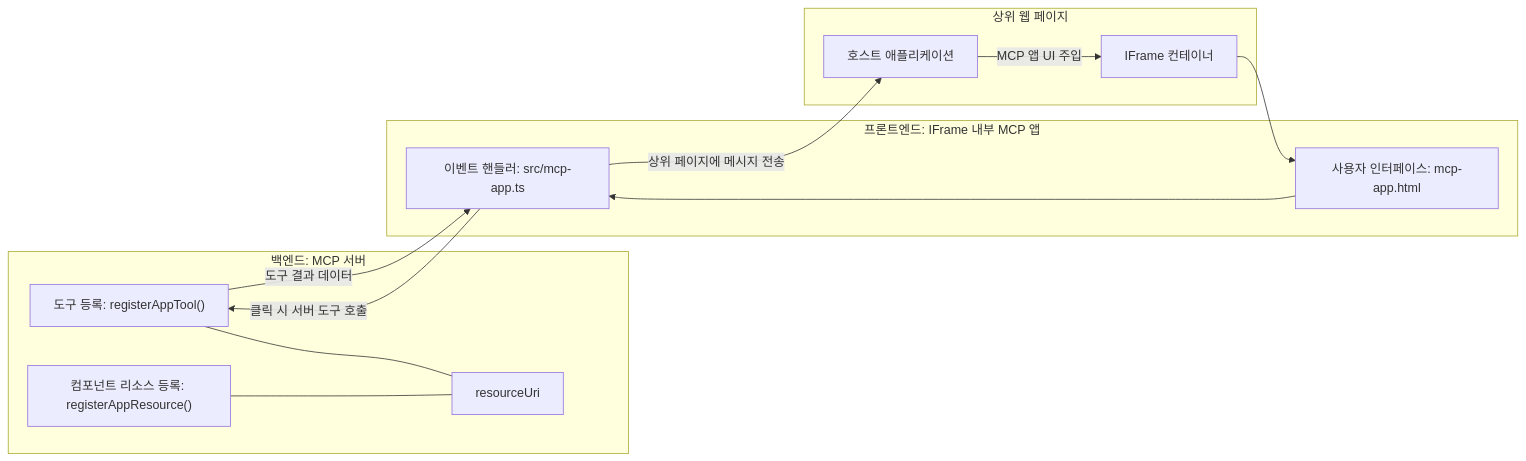
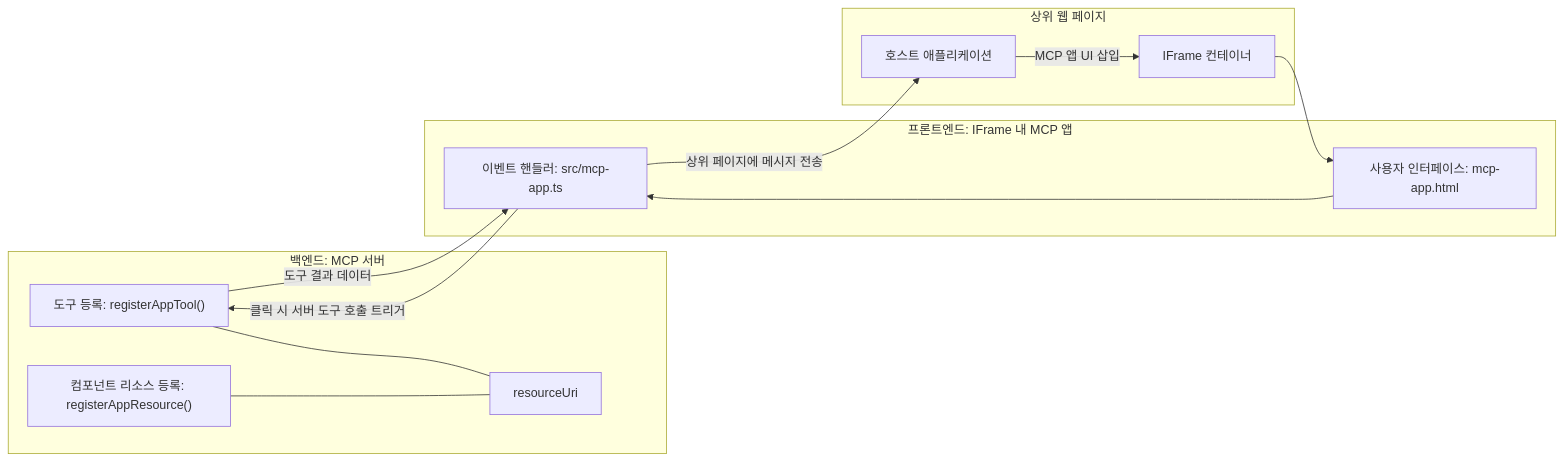
The diagram in mcp_ecosystem__model_context_protocol/mcp_learning_resources/mcp-for-beginners/translations/ko/03-GettingStarted/15-mcp-apps/README.md (HIDORAKAI002/ai-workspace-archive), drawn with Mermaid before and after one commit. The commit also changed other lines of this file and 1160 other files, not shown here.

````diff
--- a/mcp_ecosystem__model_context_protocol/mcp_learning_resources/mcp-for-beginners/translations/ko/03-GettingStarted/15-mcp-apps/README.md
+++ b/mcp_ecosystem__model_context_protocol/mcp_learning_resources/mcp-for-beginners/translations/ko/03-GettingStarted/15-mcp-apps/README.md
@@ -32,27 +32,27 @@
 ```mermaid
 flowchart LR
   subgraph Backend[백엔드: MCP 서버]
     T["도구 등록: registerAppTool()"]
     C["컴포넌트 리소스 등록: registerAppResource()"]
     U[resourceUri]
     T --- U
     C --- U
   end
 
   subgraph Parent[상위 웹 페이지]
     H[호스트 애플리케이션]
     IFRAME[IFrame 컨테이너]
-    H -->|MCP 앱 UI 주입| IFRAME
+    H -->|MCP 앱 UI 삽입| IFRAME
   end
 
-  subgraph Frontend[프론트엔드: IFrame 내부 MCP 앱]
+  subgraph Frontend[프론트엔드: IFrame 내 MCP 앱]
     UI["사용자 인터페이스: mcp-app.html"]
     EH["이벤트 핸들러: src/mcp-app.ts"]
     UI --> EH
   end
 
   IFRAME --> UI
-  EH -->|클릭 시 서버 도구 호출| T
+  EH -->|클릭 시 서버 도구 호출 트리거| T
   T -->|도구 결과 데이터| EH
   EH -->|상위 페이지에 메시지 전송| H
-```  
+```
````
